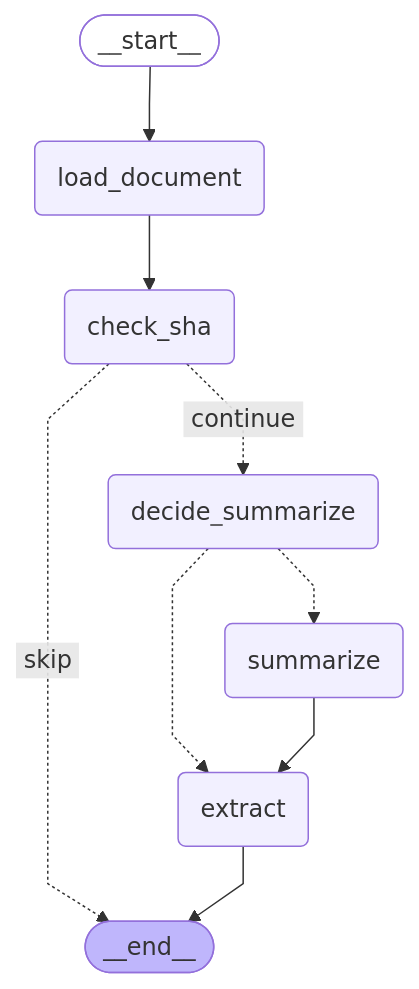
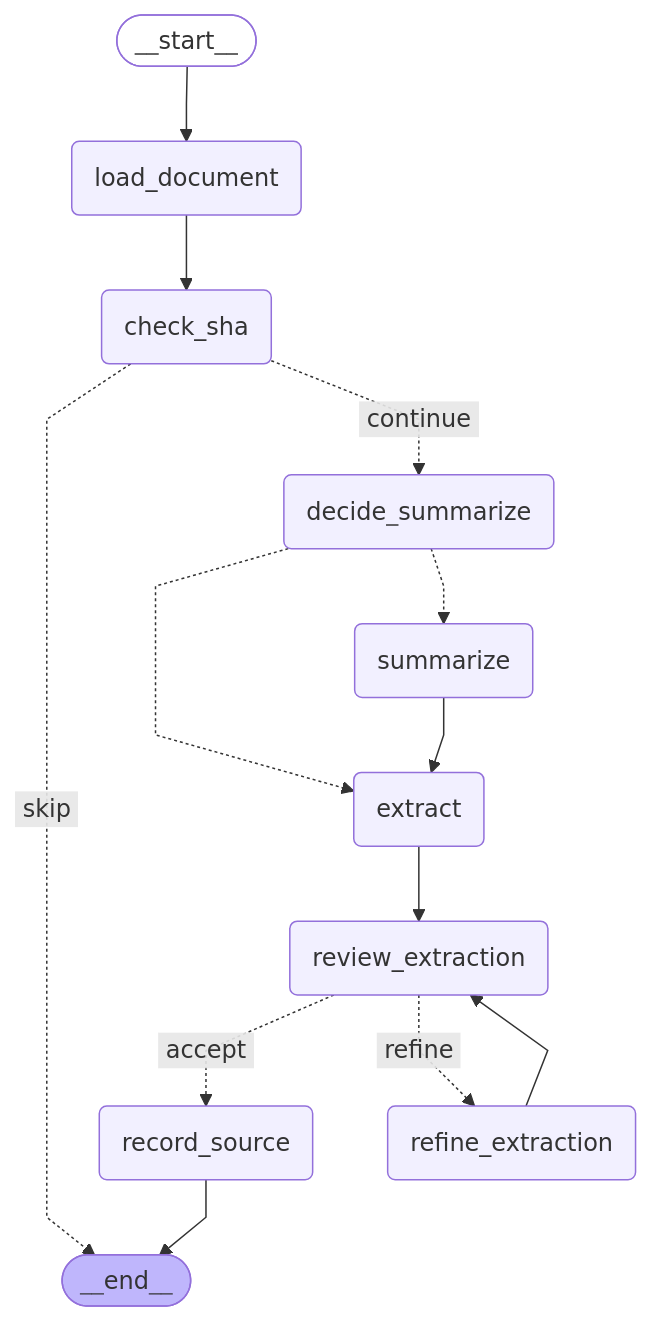
Before and after one commit to pongjenren/llm-wiki-langgraph: the first of 2 diagrams in docs/graphs.md, drawn with Mermaid. The commit also changed other lines of this file and 11 other files, not shown here.

````diff
--- a/docs/graphs.md
+++ b/docs/graphs.md
@@ -22,26 +26,33 @@
 ```mermaid
 ---
 config:
   flowchart:
     curve: linear
 ---
 graph TD;
 	__start__([<p>__start__</p>]):::first
 	load_document(load_document)
 	check_sha(check_sha)
 	decide_summarize(decide_summarize)
 	summarize(summarize)
 	extract(extract)
+	review_extraction(review_extraction)
+	refine_extraction(refine_extraction)
+	record_source(record_source)
 	__end__([<p>__end__</p>]):::last
 	__start__ --> load_document;
 	check_sha -. &nbsp;skip&nbsp; .-> __end__;
 	check_sha -. &nbsp;continue&nbsp; .-> decide_summarize;
 	decide_summarize -.-> extract;
 	decide_summarize -.-> summarize;
+	extract --> review_extraction;
 	load_document --> check_sha;
+	refine_extraction --> review_extraction;
+	review_extraction -. &nbsp;accept&nbsp; .-> record_source;
+	review_extraction -. &nbsp;refine&nbsp; .-> refine_extraction;
 	summarize --> extract;
-	extract --> __end__;
+	record_source --> __end__;
 	classDef default fill:#f2f0ff,line-height:1.2
 	classDef first fill-opacity:0
 	classDef last fill:#bfb6fc
 ```
````
